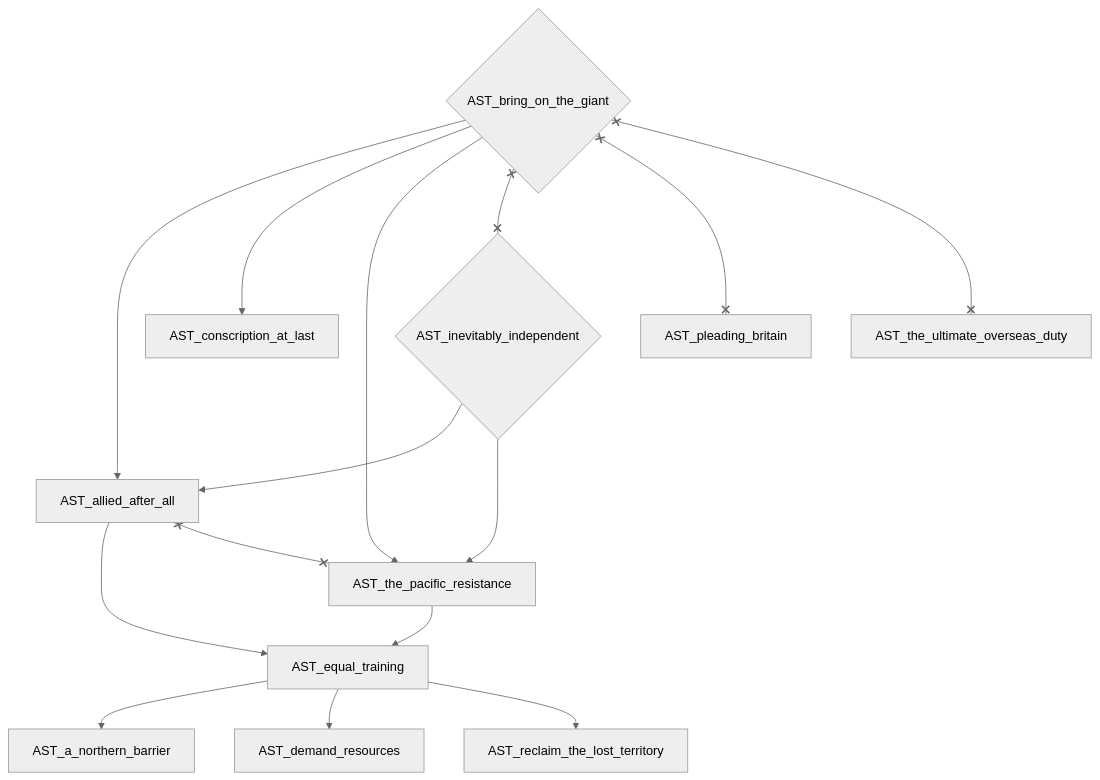
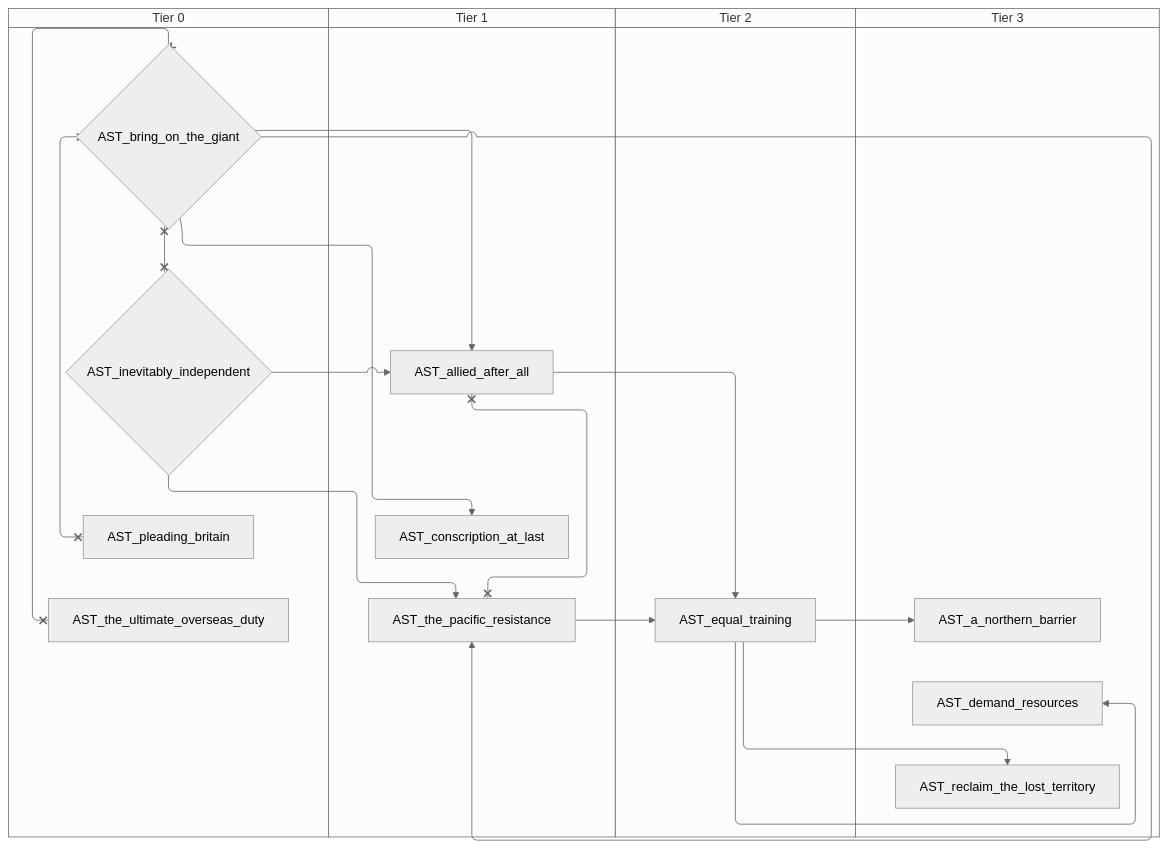
The fourth of 15 diagrams in docs/gdd/National Focuses/australia_taog.md (evgeny-sobol/hoi4-sandbox-mode), drawn with Mermaid (neutral theme) before and after one commit. The commit also changed other lines of this file and 80 other files, not shown here.

First line of the commit message:
Add swimlane mode to focus graph exporter

````diff
--- a/docs/gdd/National Focuses/australia_taog.md
+++ b/docs/gdd/National Focuses/australia_taog.md
@@ -384,28 +436,36 @@
 ```mermaid
-flowchart TD
-    n152["AST_a_northern_barrier"]
-    n153["AST_allied_after_all"]
-    n154{"AST_bring_on_the_giant"}
-    n155["AST_conscription_at_last"]
-    n156["AST_demand_resources"]
-    n157["AST_equal_training"]
-    n158{"AST_inevitably_independent"}
-    n159["AST_pleading_britain"]
-    n160["AST_reclaim_the_lost_territory"]
-    n161["AST_the_pacific_resistance"]
-    n162["AST_the_ultimate_overseas_duty"]
-    n157 --> n152
-    n158 --> n153
-    n154 --> n153
-    n154 --> n155
-    n157 --> n156
-    n153 --> n157
-    n161 --> n157
-    n157 --> n160
-    n158 --> n161
-    n154 --> n161
-    n153 x--x n161
-    n154 x--x n158
-    n154 x--x n159
-    n154 x--x n162
+swimlane-beta TD
+    subgraph tier_0["Tier 0"]
+        n152{"AST_bring_on_the_giant"}
+        n153{"AST_inevitably_independent"}
+        n154["AST_pleading_britain"]
+        n155["AST_the_ultimate_overseas_duty"]
+    end
+    subgraph tier_1["Tier 1"]
+        n156["AST_allied_after_all"]
+        n157["AST_conscription_at_last"]
+        n158["AST_the_pacific_resistance"]
+    end
+    subgraph tier_2["Tier 2"]
+        n159["AST_equal_training"]
+    end
+    subgraph tier_3["Tier 3"]
+        n160["AST_a_northern_barrier"]
+        n161["AST_demand_resources"]
+        n162["AST_reclaim_the_lost_territory"]
+    end
+    n159 --> n160
+    n153 --> n156
+    n152 --> n156
+    n152 --> n157
+    n159 --> n161
+    n156 --> n159
+    n158 --> n159
+    n159 --> n162
+    n153 --> n158
+    n152 --> n158
+    n156 x--x n158
+    n152 x--x n153
+    n152 x--x n154
+    n152 x--x n155
 ```
````
